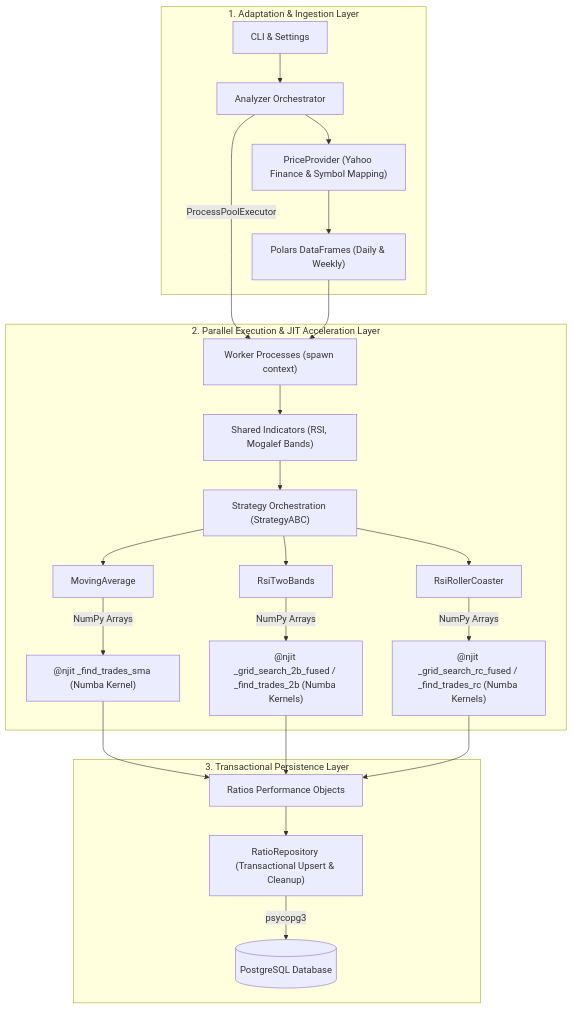
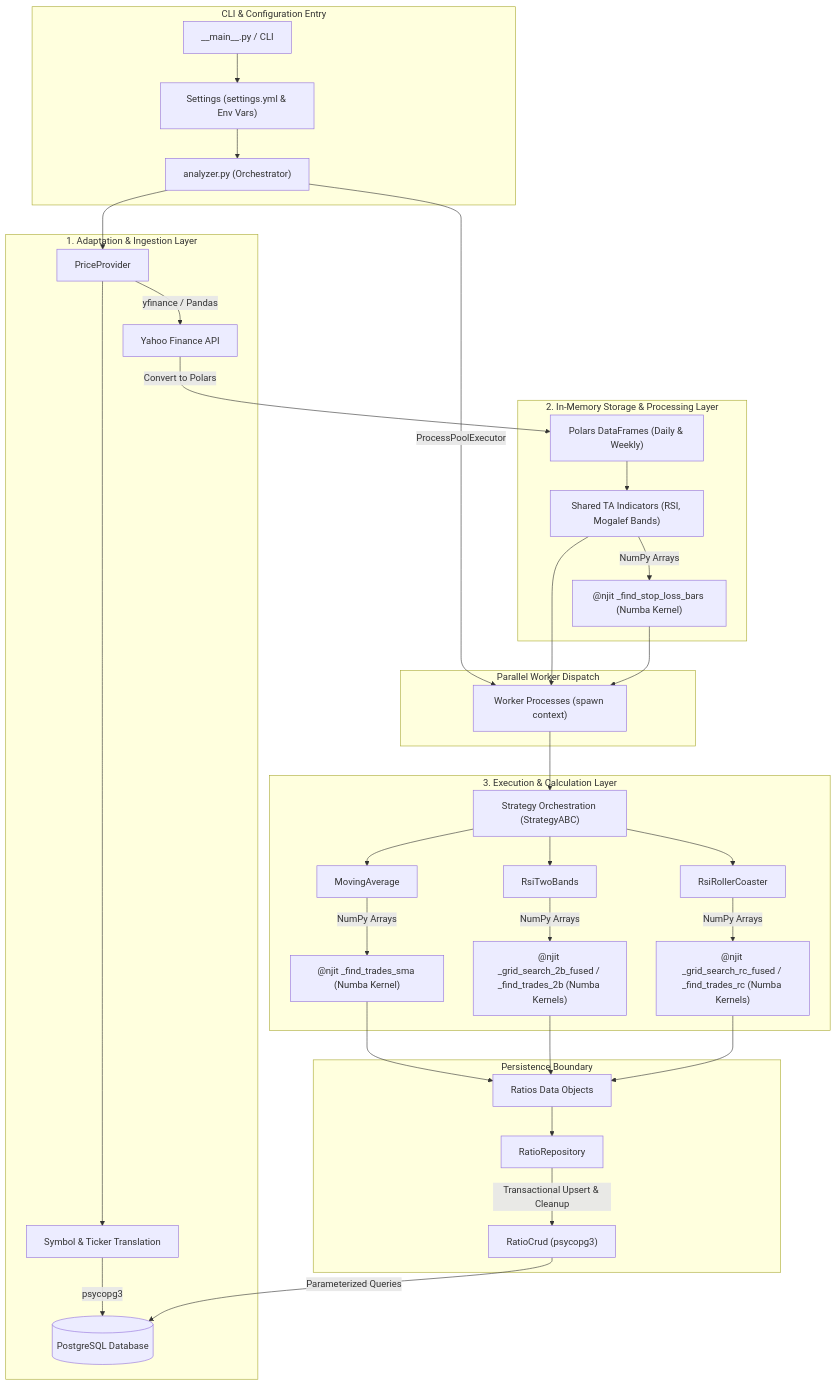
One commit to NestorDR/radar-core changed the diagram in README.md. Above: the diagram before and after it, drawn with Mermaid. The commit also changed other lines of this file and 2 other files, not shown here.

Commit message:
Add `current_indicators` field to `Ratios` model and update README diagram for architecture clarity.

````diff
--- a/README.md
+++ b/README.md
@@ -80,28 +80,43 @@
 ```mermaid
 flowchart TD
-    subgraph Ingestion ["1. Adaptation & Ingestion Layer"]
-        CLI["CLI & Settings"] --> Analyzer["Analyzer Orchestrator"]
-        Analyzer --> PriceProvider["PriceProvider (Yahoo Finance & Symbol Mapping)"]
-        PriceProvider --> PolarsData["Polars DataFrames (Daily & Weekly)"]
+    subgraph CLI ["CLI & Configuration Entry"]
+        Main["__main__.py / CLI"] --> Settings["Settings (settings.yml & Env Vars)"]
+        Settings --> Analyzer["analyzer.py (Orchestrator)"]
     end
 
-    subgraph Execution ["2. Parallel Execution & JIT Acceleration Layer"]
-        Analyzer -->|"ProcessPoolExecutor"| Workers["Worker Processes (spawn context)"]
-        PolarsData --> Workers
-        Workers --> Indicators["Shared Indicators (RSI, Mogalef Bands)"]
-        Indicators --> StrategyOrch["Strategy Orchestration (StrategyABC)"]
+    subgraph DataIngestion ["1. Adaptation & Ingestion Layer"]
+        Analyzer --> PriceProvider["PriceProvider"]
+        PriceProvider --> SymbolMapping["Symbol & Ticker Translation"]
+        SymbolMapping -->|psycopg3| DB[("PostgreSQL Database")]
+        PriceProvider -->|yfinance / Pandas| YFinance["Yahoo Finance API"]
+    end
+
+    subgraph Storage ["2. In-Memory Storage & Processing Layer"]
+        YFinance -->|Convert to Polars| PolarsData["Polars DataFrames (Daily & Weekly)"]
+        PolarsData --> TechnicalIndicators["Shared TA Indicators (RSI, Mogalef Bands)"]
+        TechnicalIndicators -->|NumPy Arrays| NumbaSL["@njit _find_stop_loss_bars (Numba Kernel)"]
+    end
+
+    subgraph Concurrency ["Parallel Worker Dispatch"]
+        Analyzer -->|ProcessPoolExecutor| ParallelWorkers["Worker Processes (spawn context)"]
+        TechnicalIndicators & NumbaSL --> ParallelWorkers
+    end
+
+    subgraph Execution ["3. Execution & Calculation Layer"]
+        ParallelWorkers --> StrategyOrch["Strategy Orchestration (StrategyABC)"]
         StrategyOrch --> MA["MovingAverage"]
         StrategyOrch --> RSI2B["RsiTwoBands"]
         StrategyOrch --> RSIRC["RsiRollerCoaster"]
 
         MA -->|NumPy Arrays| NumbaMA["@njit _find_trades_sma (Numba Kernel)"]
         RSI2B -->|NumPy Arrays| Numba2B["@njit _grid_search_2b_fused / _find_trades_2b (Numba Kernels)"]
         RSIRC -->|NumPy Arrays| NumbaRC["@njit _grid_search_rc_fused / _find_trades_rc (Numba Kernels)"]
     end
 
-    subgraph Persistence ["3. Transactional Persistence Layer"]
-        NumbaMA & Numba2B & NumbaRC --> Ratios["Ratios Performance Objects"]
-        Ratios --> RatioRepo["RatioRepository (Transactional Upsert & Cleanup)"]
-        RatioRepo -->|psycopg3| DB[("PostgreSQL Database")]
+    subgraph Persistence ["Persistence Boundary"]
+        NumbaMA & Numba2B & NumbaRC --> RatiosOutput["Ratios Data Objects"]
+        RatiosOutput --> RatioRepo["RatioRepository"]
+        RatioRepo -->|Transactional Upsert & Cleanup| RatioCrud["RatioCrud (psycopg3)"]
+        RatioCrud -->|Parameterized Queries| DB
     end
 ```
````
